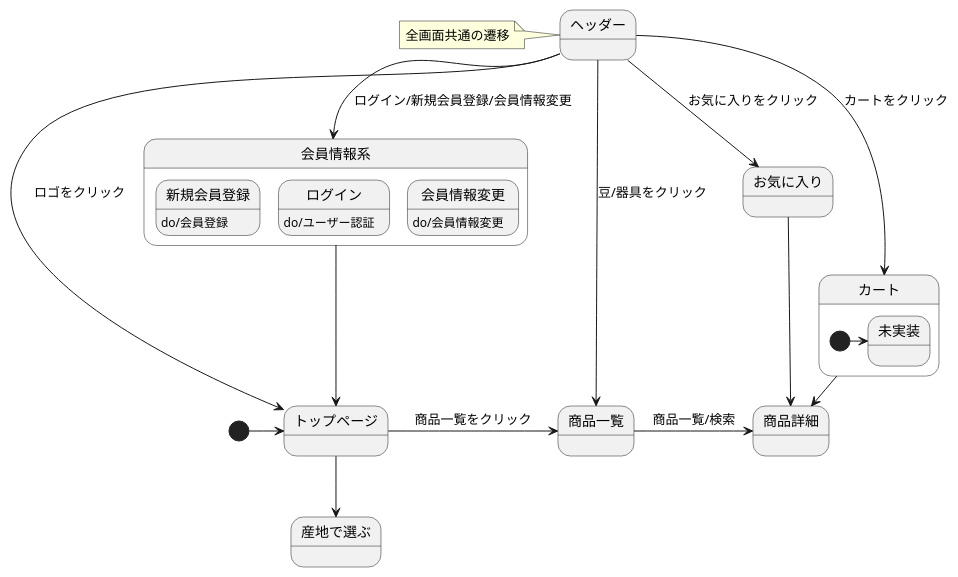
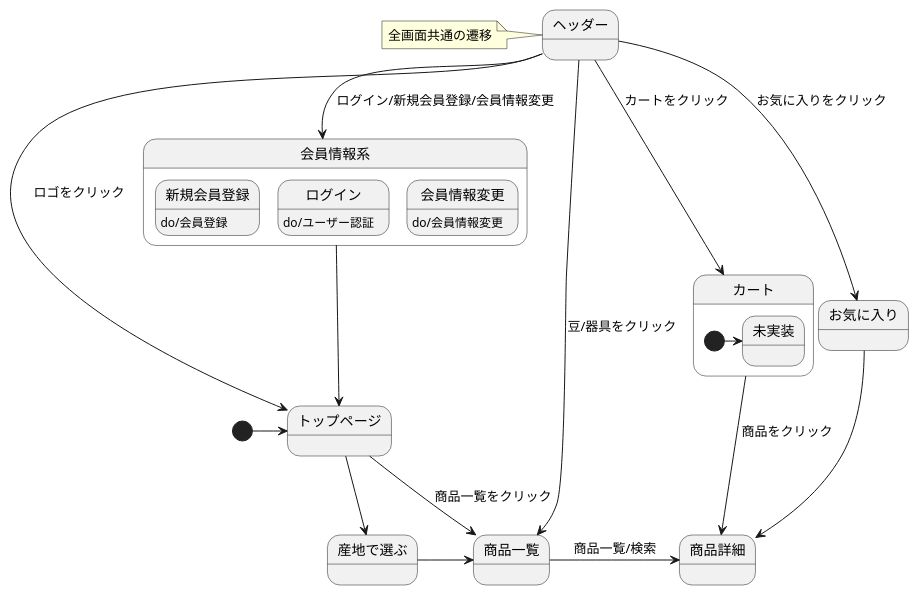
The diagram in 03_画面遷移図/stm_03.md (Aso2101122/coffeeEC), drawn with PlantUML before and after one commit.

````diff
--- a/03_画面遷移図/stm_03.md
+++ b/03_画面遷移図/stm_03.md
@@ -2,32 +2,33 @@
 ```uml
 @startuml
 [*]-right->トップページ
 トップページ-right->商品一覧: 商品一覧をクリック
 トップページ-->産地で選ぶ
+産地で選ぶ-right->商品一覧
 商品一覧->商品詳細: 商品一覧/検索
 お気に入り-down->商品詳細
 カート->商品詳細: 商品をクリック
 
 state ヘッダー{
 }
 note left of ヘッダー: 全画面共通の遷移
 
 
 ヘッダー-down->トップページ: ロゴをクリック
 ヘッダー-down->商品一覧: 豆/器具をクリック
 ヘッダー-down->会員情報系: ログイン/新規会員登録/会員情報変更
 ヘッダー-down->お気に入り: お気に入りをクリック
 ヘッダー-down->カート: カートをクリック
 
 state 会員情報系{
 新規会員登録 : do/会員登録
 ログイン : do/ユーザー認証
 会員情報変更 : do/会員情報変更
 }
 会員情報系-down->トップページ
 
 state カート{
 [*]-right->未実装
 }
 @enduml
 ```
````
